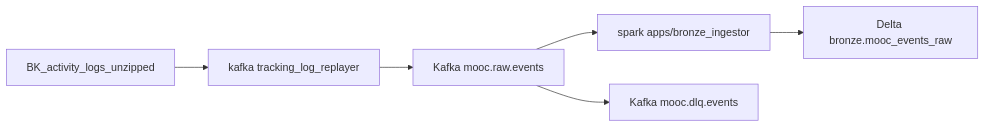
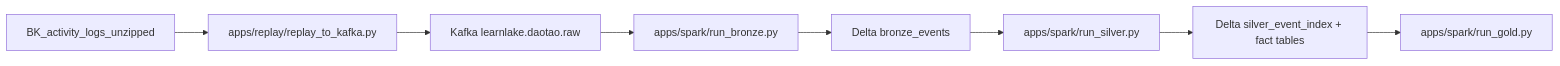
Before and after one commit to Cuong102904/LogAnalysisETL: the diagram in source/docs/architecture.md, drawn with Mermaid. The commit also changed other lines of this file and 394 other files, not shown here.

````diff
--- a/source/docs/architecture.md
+++ b/source/docs/architecture.md
@@ -5,8 +5,10 @@
 ```mermaid
 flowchart LR
-    dataFiles[BK_activity_logs_unzipped] --> replayer[kafka tracking_log_replayer]
-    replayer --> kafkaRaw[Kafka mooc.raw.events]
-    kafkaRaw --> bronzeApp[spark apps/bronze_ingestor]
-    bronzeApp --> bronzeDelta[Delta bronze.mooc_events_raw]
-    kafkaRaw --> dlq[Kafka mooc.dlq.events]
+    dataFiles[BK_activity_logs_unzipped] --> replayer[apps/replay/replay_to_kafka.py]
+    replayer --> kafkaRaw[Kafka learnlake.daotao.raw]
+    kafkaRaw --> bronzeApp[apps/spark/run_bronze.py]
+    bronzeApp --> bronzeDelta[Delta bronze_events]
+    bronzeDelta --> silverApp[apps/spark/run_silver.py]
+    silverApp --> silverDelta[Delta silver_event_index + fact tables]
+    silverDelta --> goldApp[apps/spark/run_gold.py]
 ```
````
